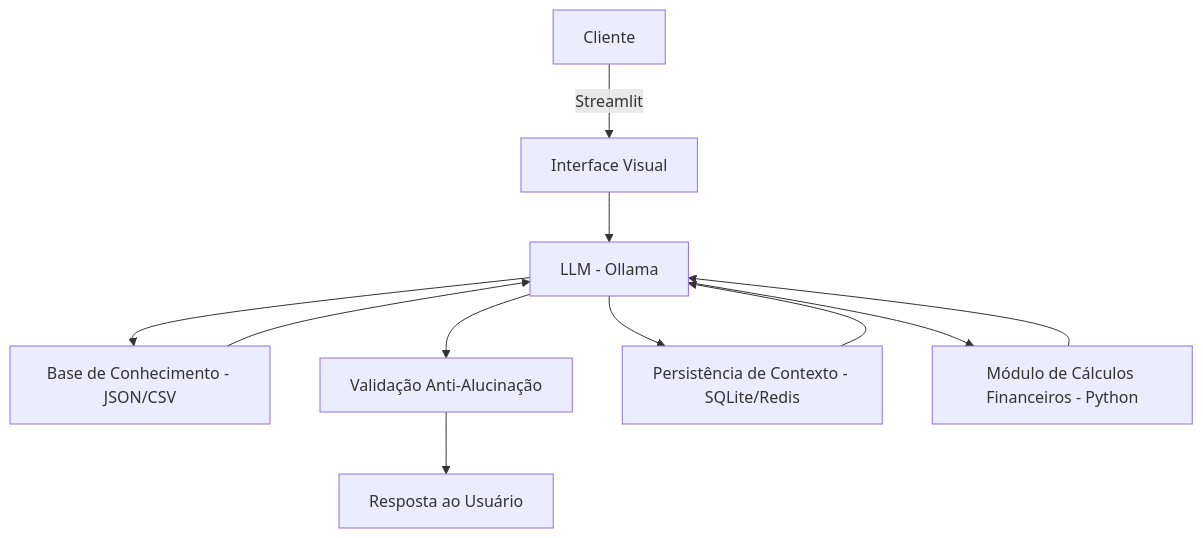
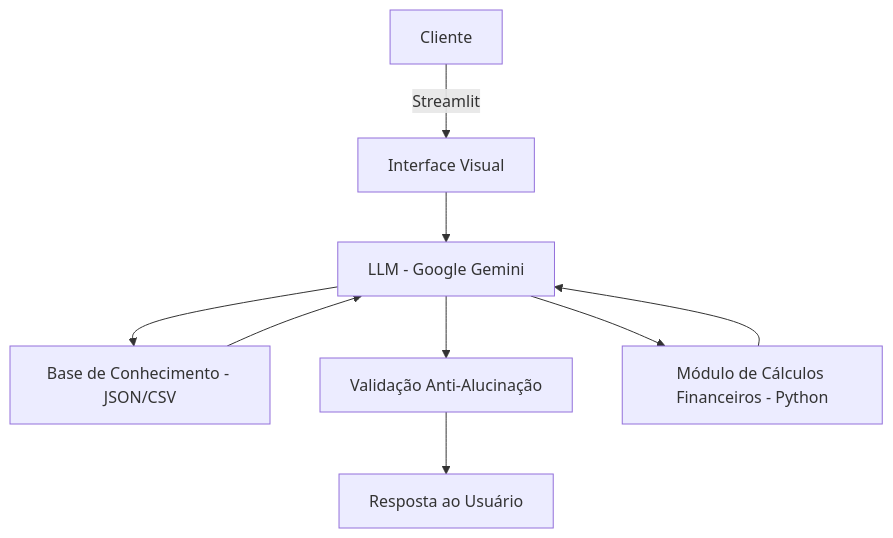
The diagram in docs/01-documentacao-agente.md (mago-cmd/dio-lab-bia-do-futuro), drawn with Mermaid before and after one commit. The commit also changed other lines of this file, not shown here.

````diff
--- a/docs/01-documentacao-agente.md
+++ b/docs/01-documentacao-agente.md
@@ -50,13 +50,11 @@
 ```mermaid
 flowchart TD
     A[Cliente] -->|Streamlit| B[Interface Visual]
-    B --> C[LLM - Ollama]
+    B --> C[LLM - Google Gemini]
     C --> D[Base de Conhecimento - JSON/CSV]
     D --> C
     C --> E[Validação Anti-Alucinação]
     E --> F[Resposta ao Usuário]
-    C --> G[Persistência de Contexto - SQLite/Redis]
-    G --> C
     C --> H[Módulo de Cálculos Financeiros - Python]
     H --> C
 ```
````
